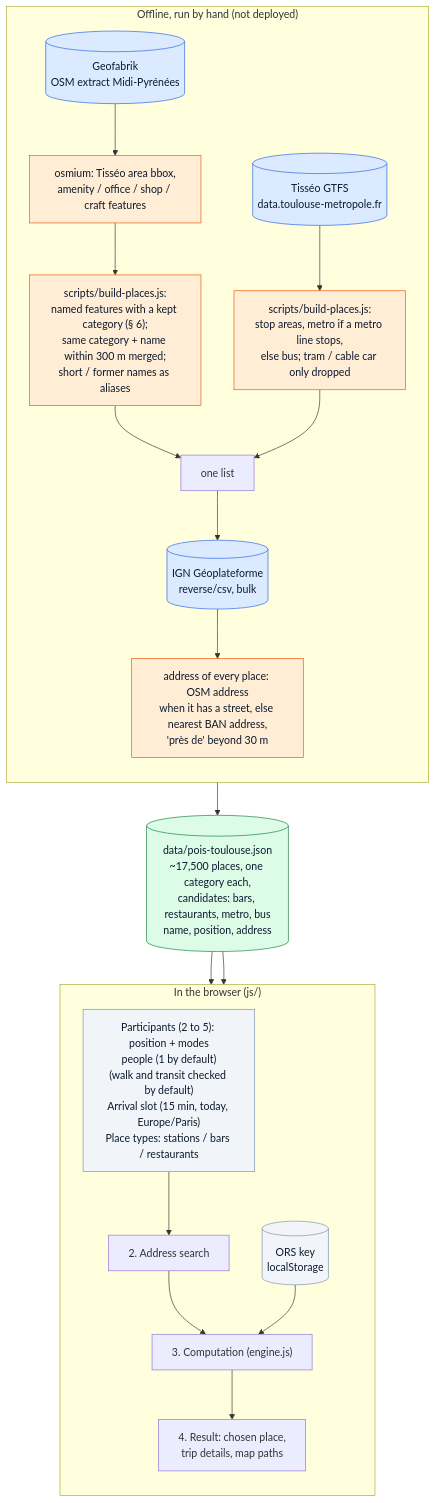
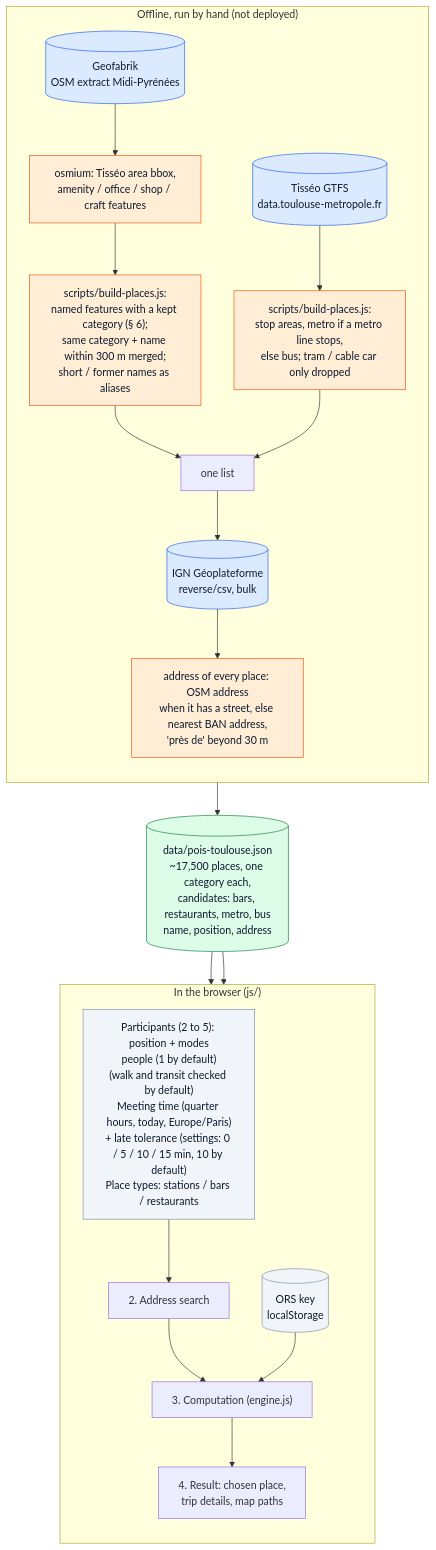
The first of 4 diagrams in docs/pipeline.md (NicolasGresset/rendez-vous), drawn with Mermaid before and after one commit. The commit also changed other lines of this file and 12 other files, not shown here.

First line of the commit message:
Meeting time with a late tolerance instead of a 15 min slot

````diff
--- a/docs/pipeline.md
+++ b/docs/pipeline.md
@@ -47,39 +47,39 @@
 ```mermaid
 flowchart TB
     classDef api fill:#DBEAFE,stroke:#2563EB,color:#0C1A2E
     classDef local fill:#DCFCE7,stroke:#15803D,color:#0C1A2E
     classDef algo fill:#FFEDD5,stroke:#EA580C,color:#0C1A2E
     classDef user fill:#F1F5F9,stroke:#7A90AA,color:#0C1A2E
 
     subgraph OFFLINE["Offline, run by hand (not deployed)"]
         direction TB
         GEOFABRIK[("Geofabrik<br/>OSM extract Midi-Pyrénées")]:::api
         OSMIUM["osmium: Tisséo area bbox,<br/>amenity / office / shop / craft features"]:::algo
         OSMPLACES["scripts/build-places.js:<br/>named features with a kept category (§ 6);<br/>same category + name within 300 m merged;<br/>short / former names as aliases"]:::algo
         GTFS[("Tisséo GTFS<br/>data.toulouse-metropole.fr")]:::api
         STOPS["scripts/build-places.js:<br/>stop areas, metro if a metro line stops,<br/>else bus; tram / cable car only dropped"]:::algo
         REVCSV[("IGN Géoplateforme<br/>reverse/csv, bulk")]:::api
         ADDR["address of every place: OSM address<br/>when it has a street, else nearest BAN address,<br/>'près de' beyond 30 m"]:::algo
         GEOFABRIK --> OSMIUM --> OSMPLACES
         GTFS --> STOPS
         OSMPLACES --> MERGE["one list"]
         STOPS --> MERGE
         MERGE --> REVCSV --> ADDR
     end
 
     ADDR --> DATA[("data/pois-toulouse.json<br/>~17,500 places, one category each,<br/>candidates: bars, restaurants, metro, bus<br/>name, position, address")]:::local
 
     subgraph BROWSER["In the browser (js/)"]
         direction TB
         KEY[("ORS key<br/>localStorage")]:::user
-        INPUT["Participants (2 to 5): position + modes<br/>people (1 by default)<br/>(walk and transit checked by default)<br/>Arrival slot (15 min, today, Europe/Paris)<br/>Place types: stations / bars / restaurants"]:::user
+        INPUT["Participants (2 to 5): position + modes<br/>people (1 by default)<br/>(walk and transit checked by default)<br/>Meeting time (quarter hours, today, Europe/Paris)<br/>+ late tolerance (settings: 0 / 5 / 10 / 15 min, 10 by default)<br/>Place types: stations / bars / restaurants"]:::user
         SEARCH["2. Address search"]
         ENGINE["3. Computation (engine.js)"]
         RESULT["4. Result: chosen place,<br/>trip details, map paths"]
         INPUT --> SEARCH --> ENGINE --> RESULT
         KEY --> ENGINE
     end
 
     DATA --> SEARCH
     DATA --> ENGINE
 ```
````
